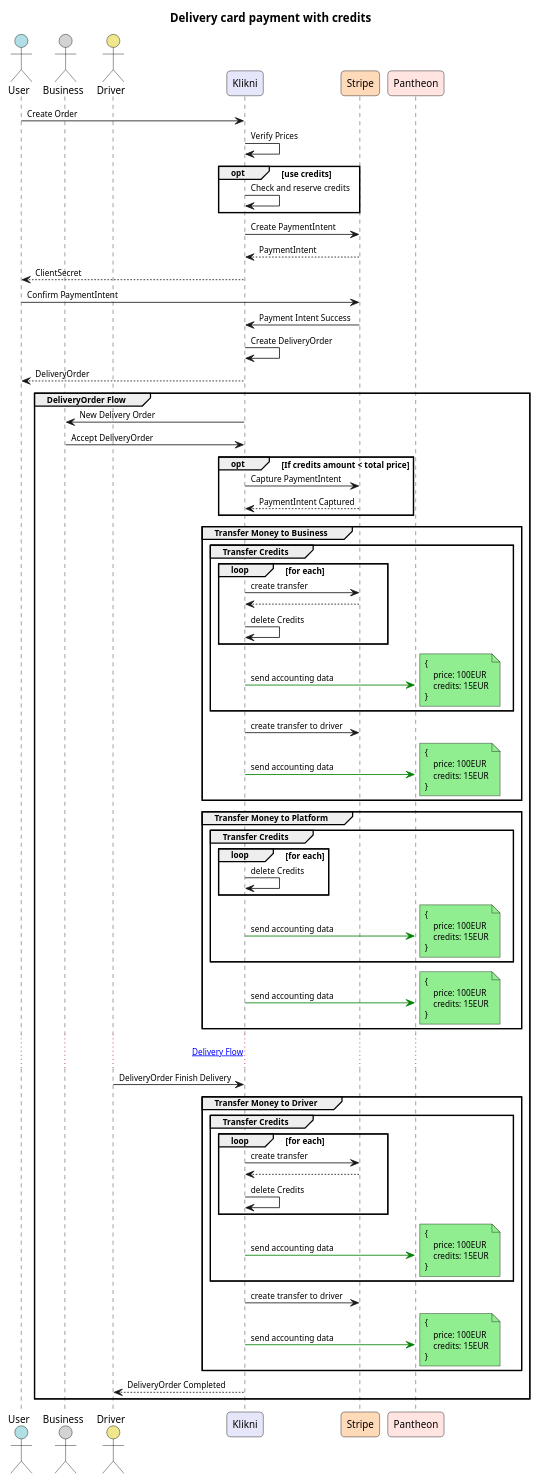
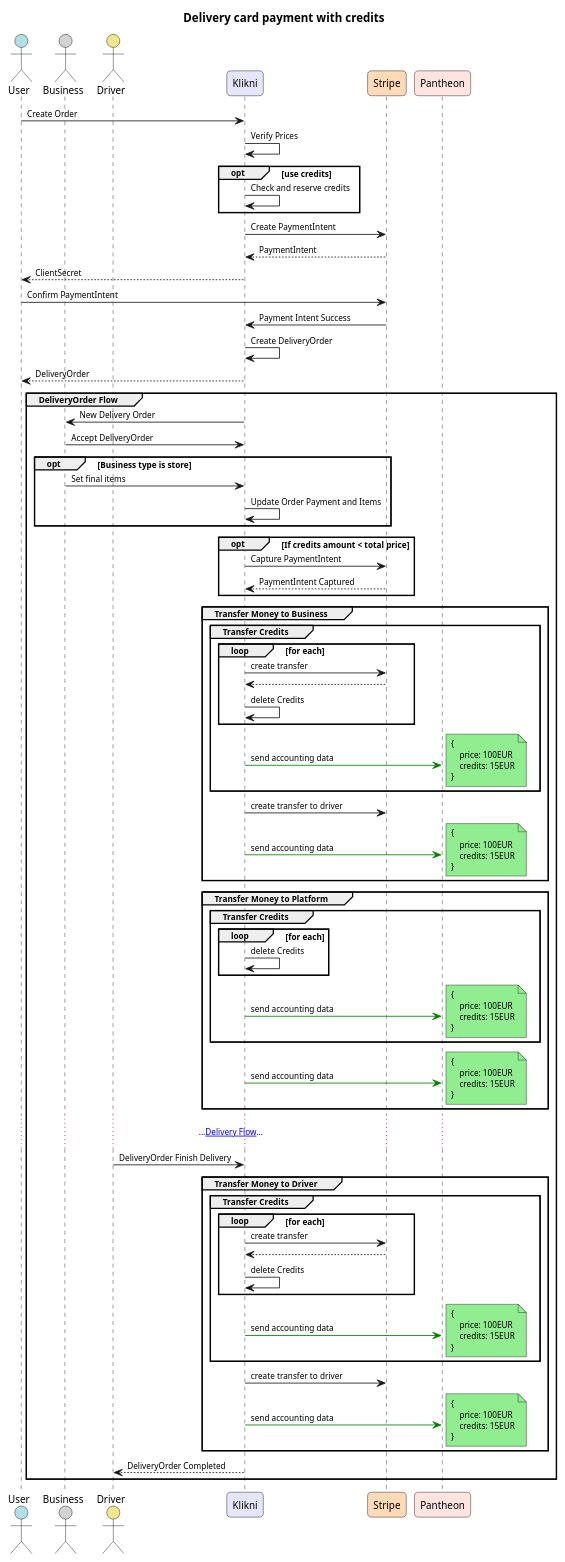
One commit to pbozic/be-analyisis changed the diagram in docs/docs/diagrams/Pantheon/Delivery/DeliveryKartica.puml. Above: the diagram before and after it, drawn with PlantUML. The commit also changed 24 other files, not shown here.

```diff
--- a/docs/docs/diagrams/Pantheon/Delivery/DeliveryKartica.puml
+++ b/docs/docs/diagrams/Pantheon/Delivery/DeliveryKartica.puml
@@ -1,151 +1,155 @@
-@startuml 
+@startuml DeliveryKartica
 title Delivery card payment with credits
 ' === Page / Resolution ===
 ' skinparam dpi 300
 ' skinparam pageWidth 2100
 ' skinparam pageHeight 1485
 
 ' === Compact Sequence Styling ===
 skinparam defaultFontSize 10
 skinparam sequence {
     MessageSpacing 15
     ParticipantSpacing 50
 }
 
 ' === Actor / Participant Styling ===
 skinparam actor {
     FontName Arial
     FontSize 12
     BorderColor Black
     BackgroundColor #ADD8E6
     RoundCorner 10
     MinWidth 120
     MinHeight 120
 }
 
 skinparam participant {
     FontName Arial
     FontSize 12
     BorderColor Black
     RoundCorner 10
     MinWidth 140
     MinHeight 100
 }
 
 ' === Participant Colors ===
 ' Use stereotypes for coloring specific entities
 actor User as user #B0E0E6
 actor Business as business #D3D3D3
 actor Driver as driver #F0E68C
 participant Klikni as klikni #E6E6FA
 participant Stripe as stripe #FFDAB9
 participant Pantheon as pantheon #FFE4E1
 
 ' === Sequence Example ===
 user -> klikni: Create Order
 klikni -> klikni: Verify Prices
 opt use credits
     klikni -> klikni: Check and reserve credits
 end
 klikni -> stripe: Create PaymentIntent
 klikni <-- stripe: PaymentIntent
 user <-- klikni: ClientSecret
 user -> stripe: Confirm PaymentIntent
 stripe -> klikni: Payment Intent Success
 klikni -> klikni: Create DeliveryOrder
 klikni --> user: DeliveryOrder
 
 group DeliveryOrder Flow
     klikni -> business: New Delivery Order
     business -> klikni: Accept DeliveryOrder
+    opt Business type is store
+        business -> klikni: Set final items
+        klikni -> klikni: Update Order Payment and Items
+    end
     opt If credits amount < total price
         klikni -> stripe: Capture PaymentIntent
         stripe --> klikni: PaymentIntent Captured         
     end
     group Transfer Money to Business
         group Transfer Credits
             loop for each
                 klikni->stripe: create transfer
                 klikni<--stripe
                 klikni->klikni: delete Credits
             end
             klikni -[#green]> pantheon: send accounting data
             note right #LightGreen
             {
                 price: 100EUR
                 credits: 15EUR
             }
             end note
         end
         klikni -> stripe: create transfer to driver
         klikni -[#green]> pantheon: send accounting data
         note right #LightGreen
         {
             price: 100EUR
             credits: 15EUR
         }
         end note
     end
     group Transfer Money to Platform
         group Transfer Credits
             loop for each
                 klikni->klikni: delete Credits
             end
             klikni -[#green]> pantheon: send accounting data
             note right #LightGreen
             {
                 price: 100EUR
                 credits: 15EUR
             }
             end note
         end
         klikni -[#green]> pantheon: send accounting data
         note right #LightGreen
         {
             price: 100EUR
             credits: 15EUR
         }
         end note
     end
 
     ' par
     '     klikni -> klikni: Find DeliveryDriver
     '     klikni -> driver: DeliveryOrder
     '     driver -> klikni: Accept DeliveryOrder
     ' else
     '     business -> klikni: DeliveryOrder Ready
     ' end
     ' driver -> klikni: DeliveryOrder Picked Up
     ' driver -> klikni: DeliveryOrder In Delivery
     ' driver -> klikni: DeliveryOrder At Location
 
-    ... [[http://plantuml.com Delivery Flow]]  ...
+    ... ...[[http://plantuml.com Delivery Flow]]...  ...
     driver -> klikni: DeliveryOrder Finish Delivery
     group Transfer Money to Driver
         group Transfer Credits
             loop for each
                 klikni->stripe: create transfer
                 klikni<--stripe
                 klikni->klikni: delete Credits
             end
             klikni -[#green]> pantheon: send accounting data
             note right #LightGreen
             {
                 price: 100EUR
                 credits: 15EUR
             }
             end note
         end
         klikni -> stripe: create transfer to driver
         klikni -[#green]> pantheon: send accounting data
         note right #LightGreen
         {
             price: 100EUR
             credits: 15EUR
         }
         end note
     end
     klikni --> driver: DeliveryOrder Completed
 end
 
 @enduml
```
